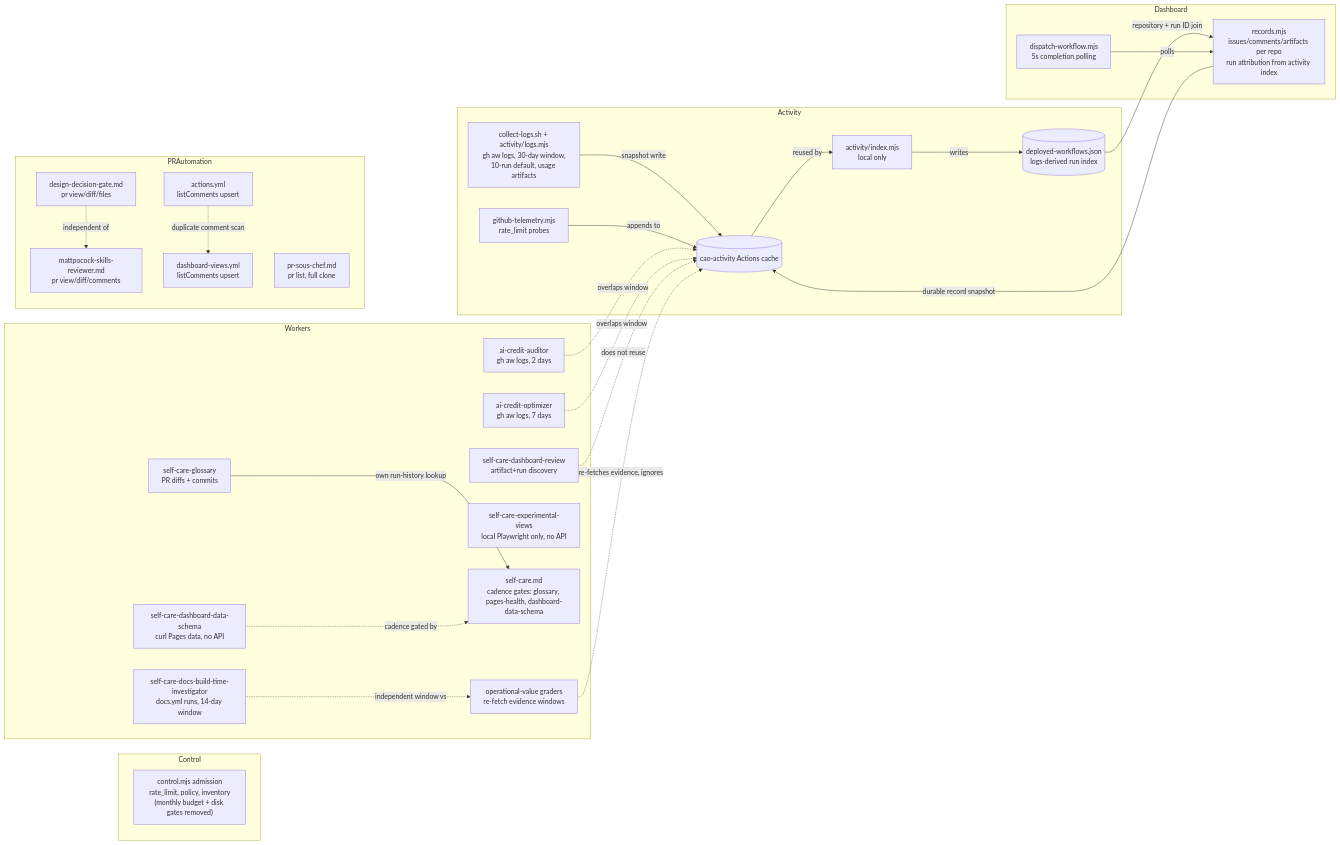
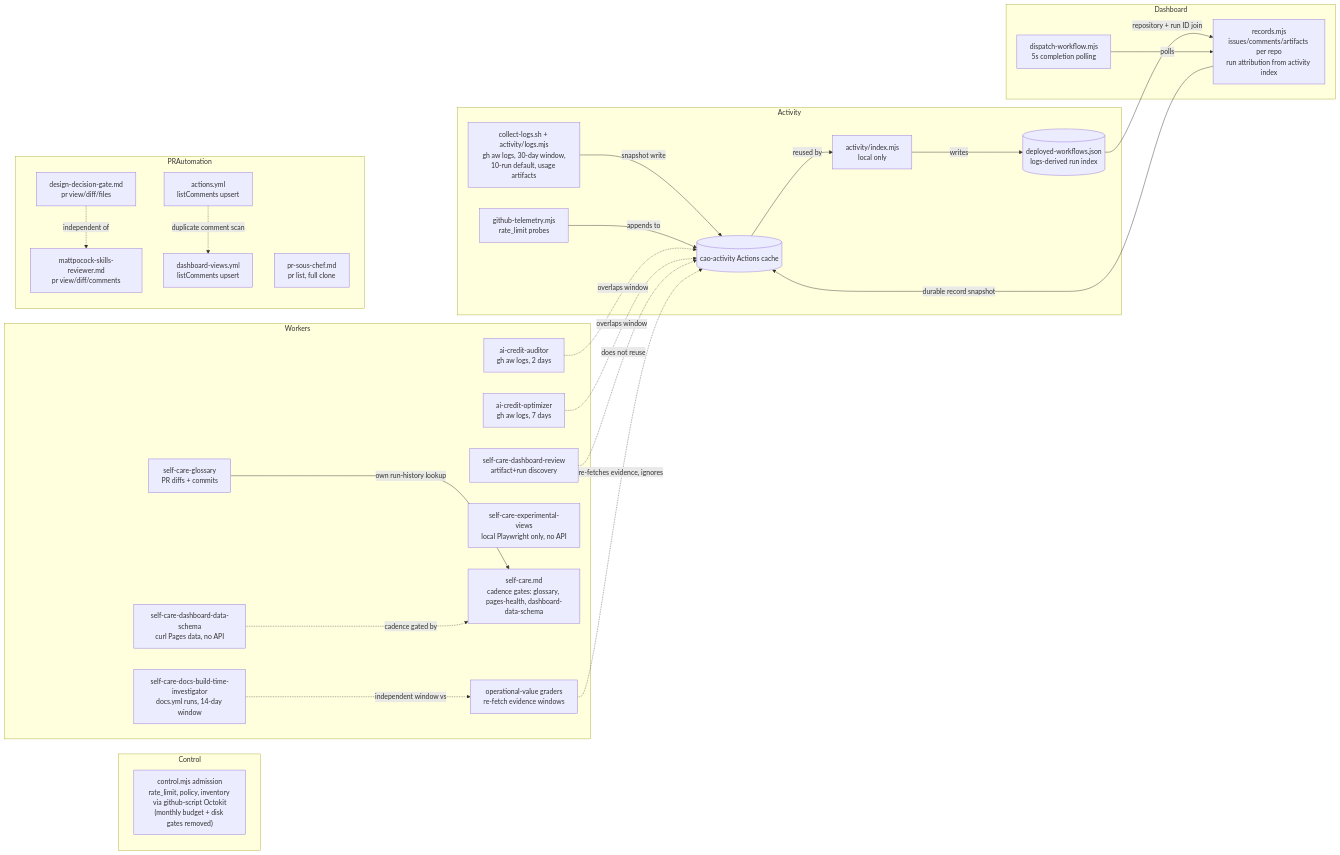
Before and after one commit to githubnext/gh-aw-cao: the diagram in specs/data-acquisition-audit.md, drawn with Mermaid. The commit also changed other lines of this file, not shown here.

First line of the commit message:
Refresh data acquisition audit: control admission moved to github-script Octokit

````diff
--- a/specs/data-acquisition-audit.md
+++ b/specs/data-acquisition-audit.md
@@ -191,51 +191,51 @@
 ```mermaid
 flowchart LR
   subgraph Control
-    control["control.mjs admission<br/>rate_limit, policy, inventory<br/>(monthly budget + disk gates removed)"]
+    control["control.mjs admission<br/>rate_limit, policy, inventory via github-script Octokit<br/>(monthly budget + disk gates removed)"]
   end
   subgraph Activity
     logsmjs["collect-logs.sh + activity/logs.mjs<br/>gh aw logs, 30-day window,<br/>10-run default, usage artifacts"]
     indexmjs["activity/index.mjs<br/>local only"]
     runindex[("deployed-workflows.json<br/>logs-derived run index")]
     telemetry["github-telemetry.mjs<br/>rate_limit probes"]
     cache[("cao-activity Actions cache")]
   end
   subgraph Dashboard
     records["records.mjs<br/>issues/comments/artifacts per repo<br/>run attribution from activity index"]
     dispatch["dispatch-workflow.mjs<br/>5s completion polling"]
   end
   subgraph Workers
     aicaud["ai-credit-auditor<br/>gh aw logs, 2 days"]
     aicopt["ai-credit-optimizer<br/>gh aw logs, 7 days"]
     reviewpf["self-care-dashboard-review<br/>artifact+run discovery"]
     glossary["self-care-glossary<br/>PR diffs + commits"]
     docsbt["self-care-docs-build-time-investigator<br/>docs.yml runs, 14-day window"]
     expviews["self-care-experimental-views<br/>local Playwright only, no API"]
     schemaworker["self-care-dashboard-data-schema<br/>curl Pages data, no API"]
     selfcare["self-care.md<br/>cadence gates: glossary, pages-health, dashboard-data-schema"]
     graders["operational-value graders<br/>re-fetch evidence windows"]
   end
   subgraph PRAutomation
     ddg["design-decision-gate.md<br/>pr view/diff/files"]
     mattpocock["mattpocock-skills-reviewer.md<br/>pr view/diff/comments"]
     soschef["pr-sous-chef.md<br/>pr list, full clone"]
     mobileci["actions.yml<br/>listComments upsert"]
     dashviews["dashboard-views.yml<br/>listComments upsert"]
   end
   logsmjs -->|snapshot write| cache
   cache -->|reused by| indexmjs
   indexmjs -->|writes| runindex
   runindex -->|repository + run ID join| records
   records -->|durable record snapshot| cache
   telemetry -->|appends to| cache
   dispatch -->|polls| records
   aicaud -.->|overlaps window| cache
   aicopt -.->|overlaps window| cache
   reviewpf -.->|does not reuse| cache
   glossary -->|own run-history lookup| selfcare
   schemaworker -.->|cadence gated by| selfcare
   docsbt -.->|independent window vs| graders
   graders -.->|re-fetches evidence, ignores| cache
   ddg -.->|independent of| mattpocock
   mobileci -.->|duplicate comment scan| dashviews
 ```
````
